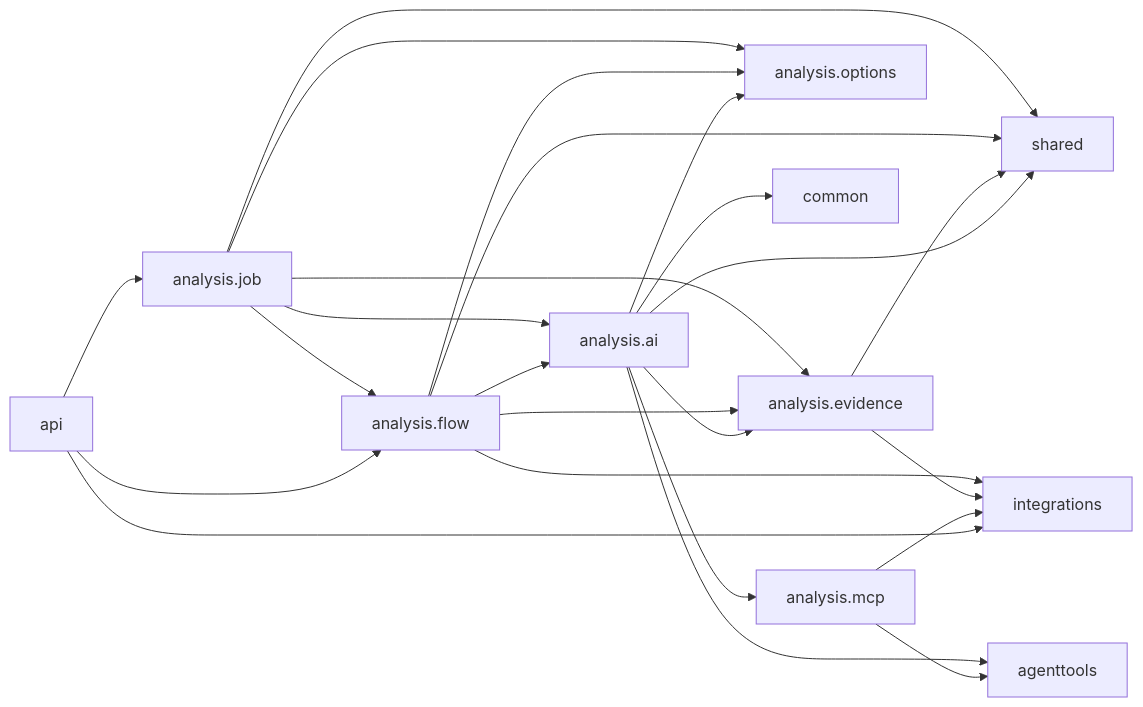
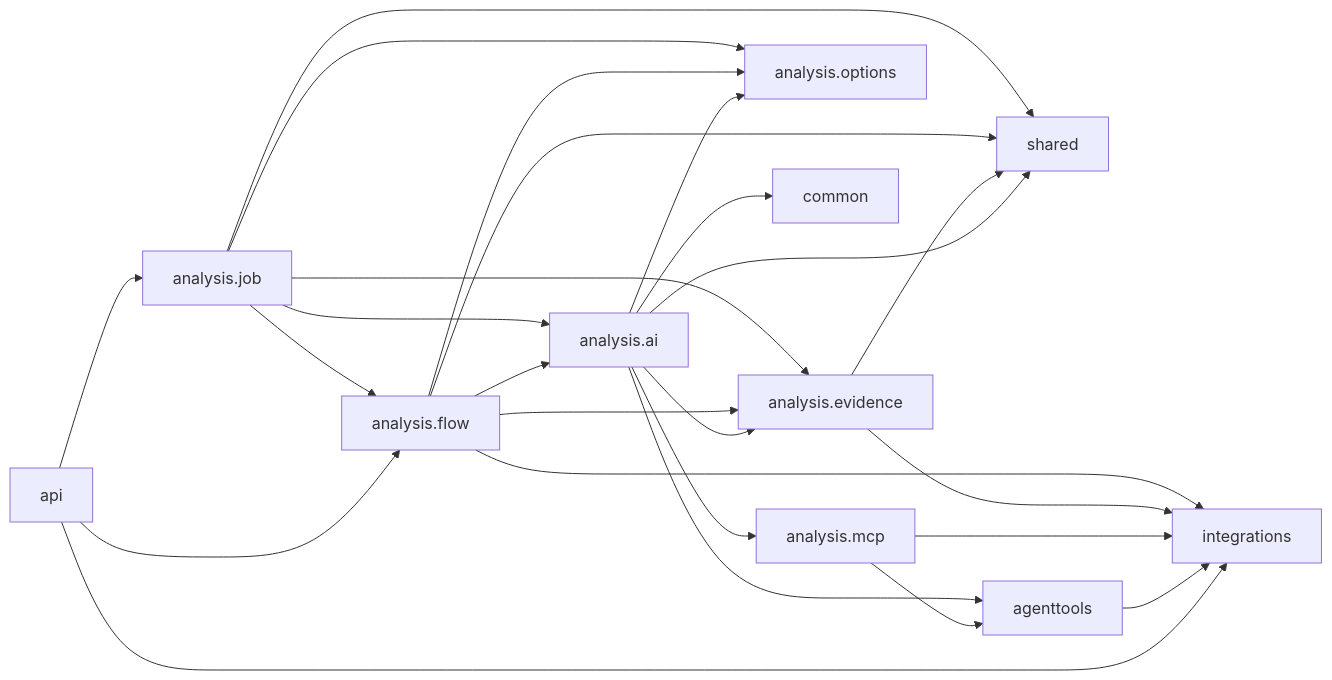
The second of 2 diagrams in docs/architecture/05-package-dependencies.md (herald-assistant/incident-tracker), drawn with Mermaid before and after one commit. The commit also changed other lines of this file and 15 other files, not shown here.

````diff
--- a/docs/architecture/05-package-dependencies.md
+++ b/docs/architecture/05-package-dependencies.md
@@ -135,31 +135,32 @@
 ```mermaid
 flowchart LR
     JOB["analysis.job"] --> FLOW["analysis.flow"]
     JOB --> AI["analysis.ai"]
     JOB --> EVIDENCE["analysis.evidence"]
     JOB --> OPTIONS["analysis.options"]
     JOB --> SHARED["shared"]
 
     FLOW --> EVIDENCE
     FLOW --> AI
     FLOW --> OPTIONS
     FLOW --> INTEGRATIONS["integrations"]
     FLOW --> SHARED
 
     EVIDENCE --> INTEGRATIONS["integrations"]
     EVIDENCE --> SHARED
 
     AI --> MCP["analysis.mcp"]
     AI --> AGENTTOOLS["agenttools"]
     AI --> EVIDENCE
     AI --> OPTIONS
     AI --> COMMON["common"]
     AI --> SHARED
 
     MCP --> INTEGRATIONS
     MCP --> AGENTTOOLS
+    AGENTTOOLS --> INTEGRATIONS
 
     API["api"] --> INTEGRATIONS
     API --> FLOW
     API --> JOB
 ```
````
